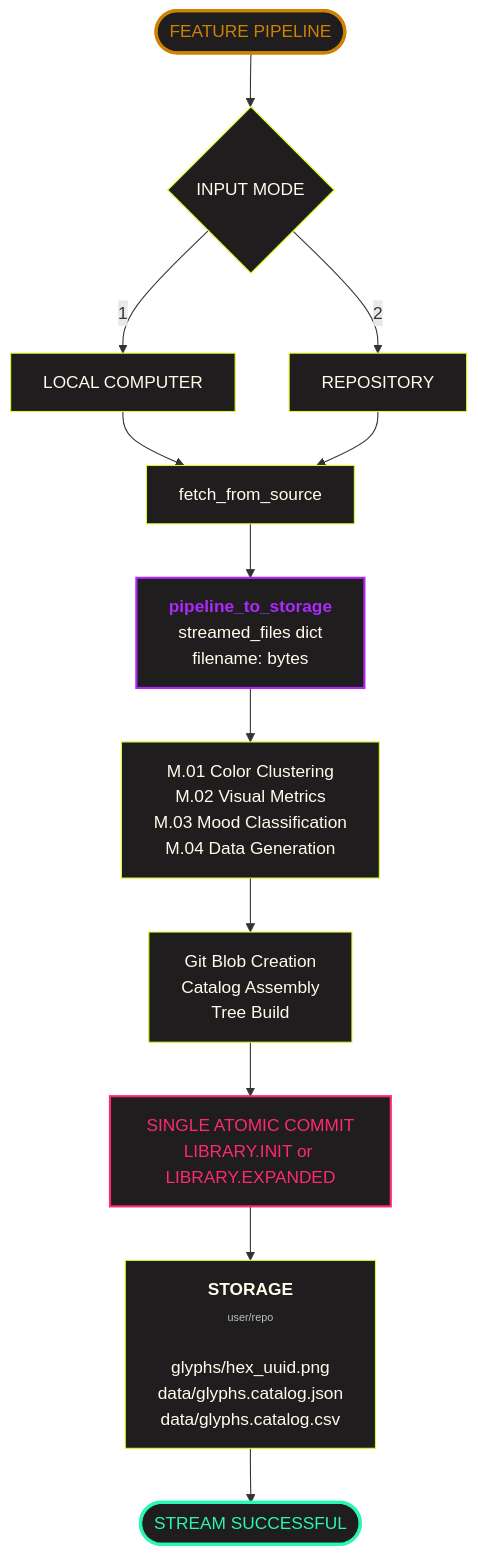
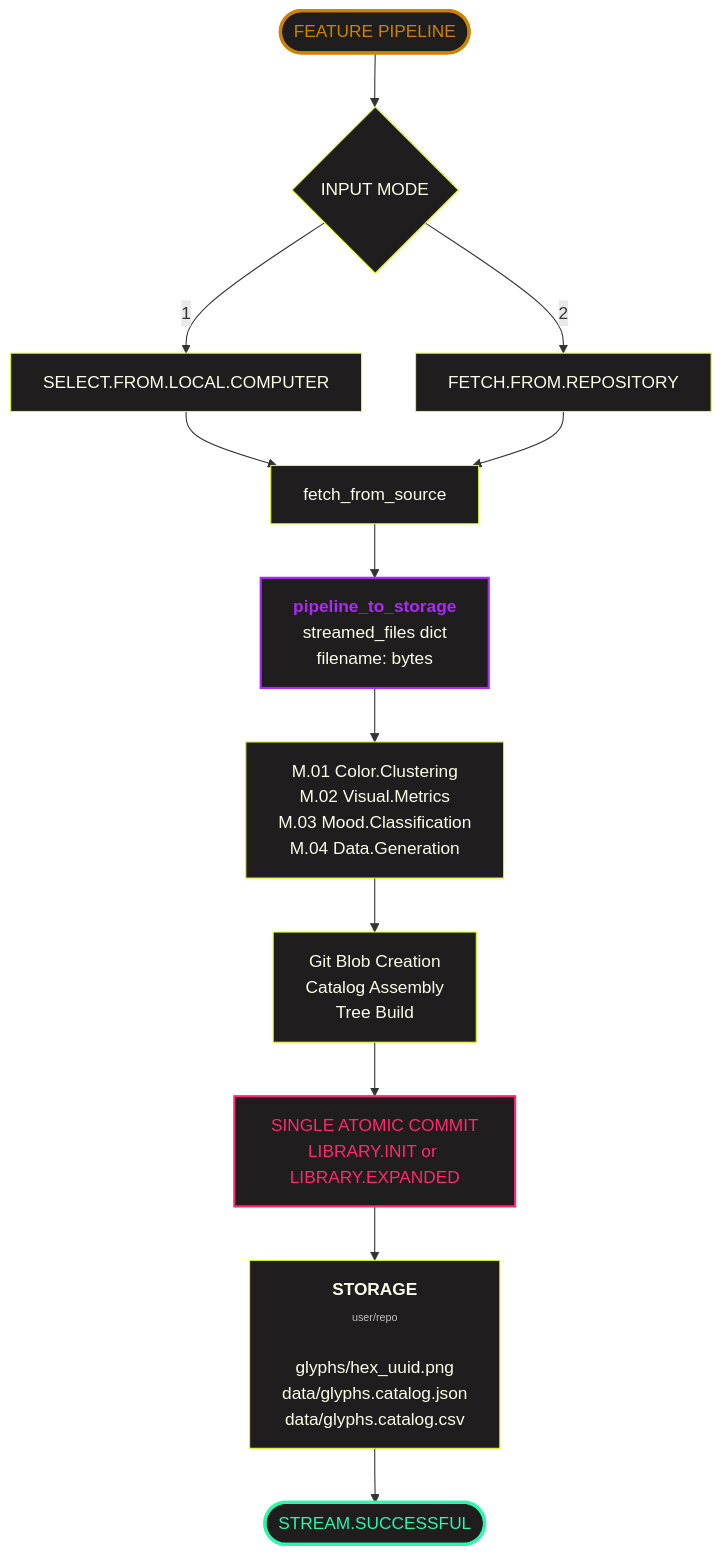
The second of 2 diagrams in README.md (dduyg/sandbox), drawn with Mermaid before and after one commit.

````diff
--- a/README.md
+++ b/README.md
@@ -96,34 +96,34 @@
 ```mermaid
 flowchart TD
     Start([FEATURE PIPELINE]) --> InputMode{INPUT MODE}
     
-    InputMode -->|1| Local["LOCAL COMPUTER"]
-    InputMode -->|2| Remote["REPOSITORY"]
+    InputMode -->|1| Local["SELECT.FROM.LOCAL.COMPUTER"]
+    InputMode -->|2| Remote["FETCH.FROM.REPOSITORY"]
     
     Local --> Fetch["fetch_from_source"]
     Remote --> Fetch
     
     Fetch --> Pipeline["<b>pipeline_to_storage</b><br/><span style='color:#FFFEEC'>streamed_files dict<br/>filename: bytes</span>"]
     
-    Pipeline --> Processing["M.01 Color Clustering<br/>M.02 Visual Metrics<br/>M.03 Mood Classification<br/>M.04 Data Generation"]
+    Pipeline --> Processing["M.01 Color.Clustering<br/>M.02 Visual.Metrics<br/>M.03 Mood.Classification<br/>M.04 Data.Generation"]
     
     Processing --> GitOps["Git Blob Creation<br/>Catalog Assembly<br/>Tree Build"]
     
     GitOps --> Commit[SINGLE ATOMIC COMMIT<br/>LIBRARY.INIT or LIBRARY.EXPANDED]
     
     Commit --> Storage["<b>STORAGE</b><br/><span style='font-size:10px; color:#BDBEBD'>user/repo</span><br/><br/><span style='color:#FFFEEC'>glyphs/hex_uuid.png<br/>data/glyphs.catalog.json<br/>data/glyphs.catalog.csv</span>"]
     
-    Storage --> Success([STREAM SUCCESSFUL])
+    Storage --> Success([STREAM.SUCCESSFUL])
     
     style Start fill:#1F1D1E,stroke:#CD8301,stroke-width:3px,color:#CD8301
     style Pipeline fill:#1F1D1E,stroke:#AD29F8,stroke-width:2px,color:#AD29F8
     style Commit fill:#1F1D1E,stroke:#ff2a6d,stroke-width:2px,color:#ff2a6d
     style Success fill:#1F1D1E,stroke:#29F8AD,stroke-width:3px,color:#29F8AD
     style Processing fill:#1F1D1E,stroke:#DCF829,stroke-width:1px,color:#FFFEEC
     style GitOps fill:#1F1D1E,stroke:#DCF829,stroke-width:1px,color:#FFFEEC
     style Storage fill:#1F1D1E,stroke:#DCF829,stroke-width:1px,color:#FFFEEC
     style InputMode fill:#1F1D1E,stroke:#DCF829,stroke-width:1px,color:#FFFEEC
     style Local fill:#1F1D1E,stroke:#DCF829,stroke-width:1px,color:#FFFEEC
     style Remote fill:#1F1D1E,stroke:#DCF829,stroke-width:1px,color:#FFFEEC
     style Fetch fill:#1F1D1E,stroke:#DCF829,stroke-width:1px,color:#FFFEEC
 ```
````
